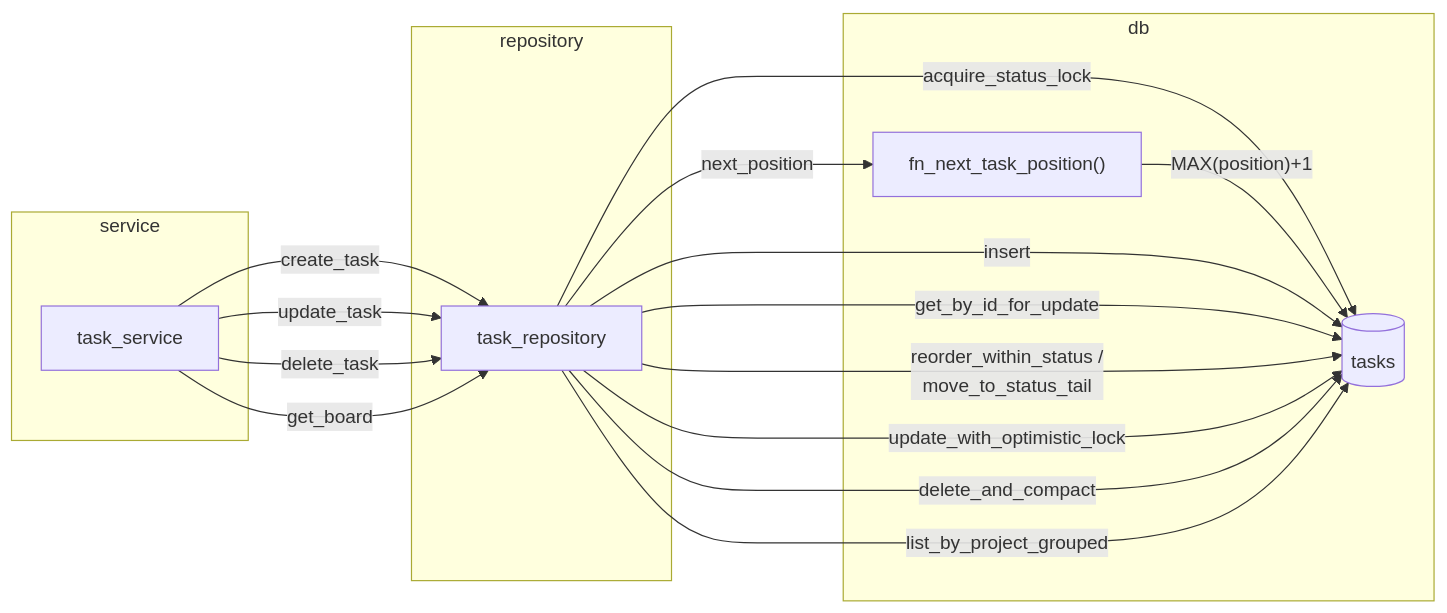
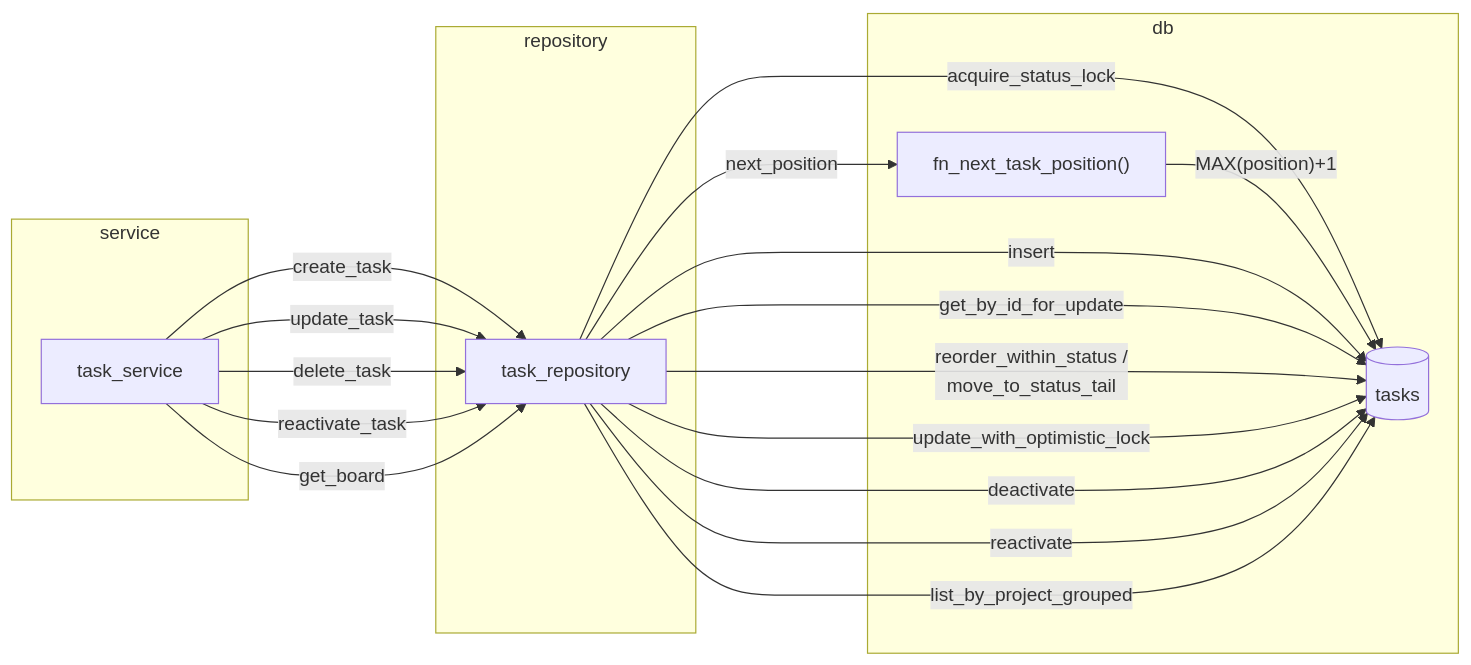
One commit to oikawa-d/task_management changed the fourth of 4 diagrams in detailed_design/database/06_table_tasks.md. Above: the diagram before and after it, drawn with Mermaid. The commit also changed other lines of this file and 25 other files, not shown here.

````diff
--- a/detailed_design/database/06_table_tasks.md
+++ b/detailed_design/database/06_table_tasks.md
@@ -328,30 +357,32 @@
 ```mermaid
 flowchart LR
     subgraph service
         TS["task_service"]
     end
     subgraph repository
         TR["task_repository"]
     end
     subgraph db
         FN1["fn_next_task_position()"]
         T1[("tasks")]
     end
 
     TS -->|"create_task"| TR
     TR -->|"acquire_status_lock"| T1
     TR -->|"next_position"| FN1
     FN1 -->|"MAX(position)+1"| T1
     TR -->|"insert"| T1
 
     TS -->|"update_task"| TR
     TR -->|"get_by_id_for_update"| T1
     TR -->|"reorder_within_status /<br/>move_to_status_tail"| T1
     TR -->|"update_with_optimistic_lock"| T1
 
     TS -->|"delete_task"| TR
-    TR -->|"delete_and_compact"| T1
+    TR -->|"deactivate"| T1
+    TS -->|"reactivate_task"| TR
+    TR -->|"reactivate"| T1
 
     TS -->|"get_board"| TR
     TR -->|"list_by_project_grouped"| T1
 ```
````
